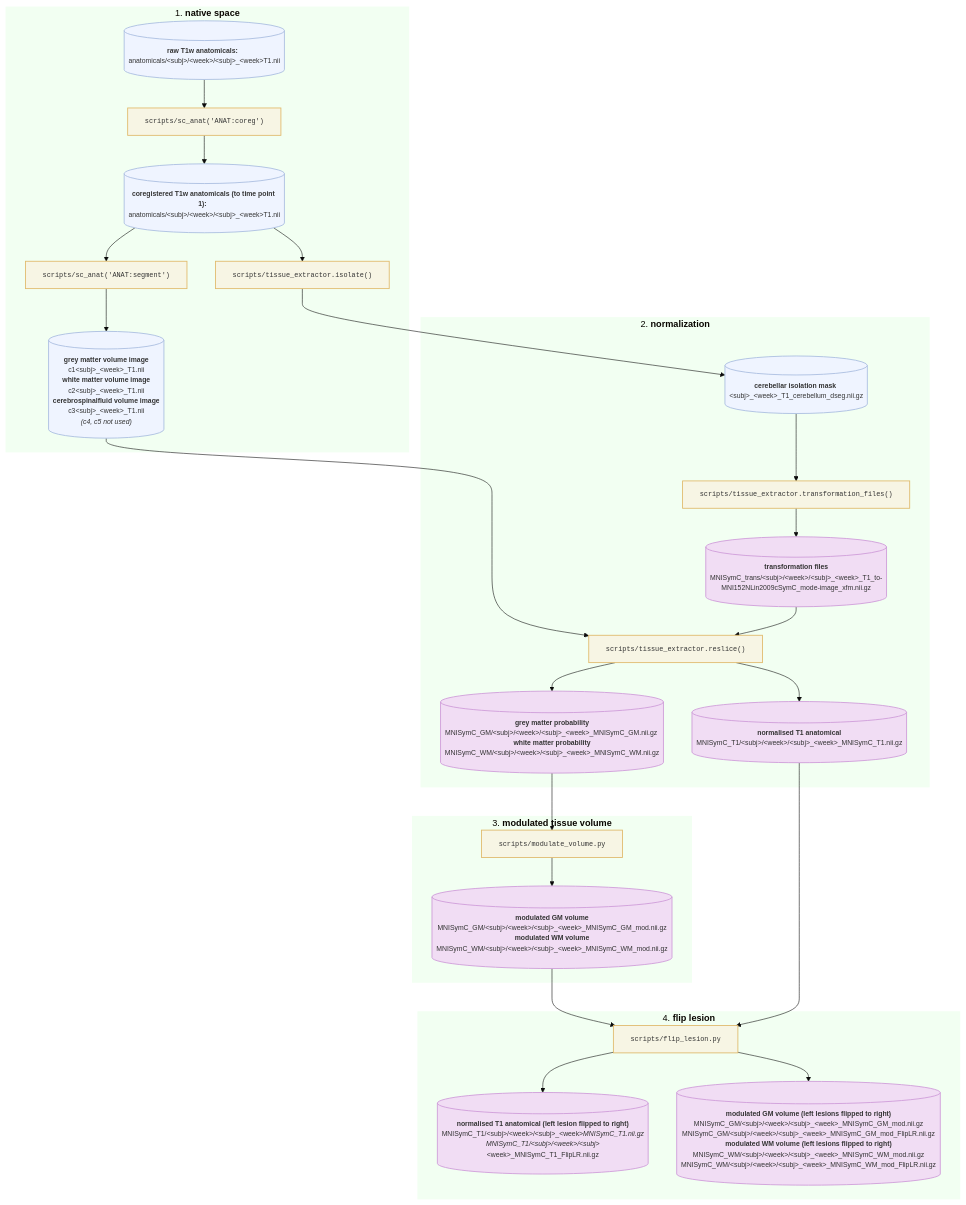
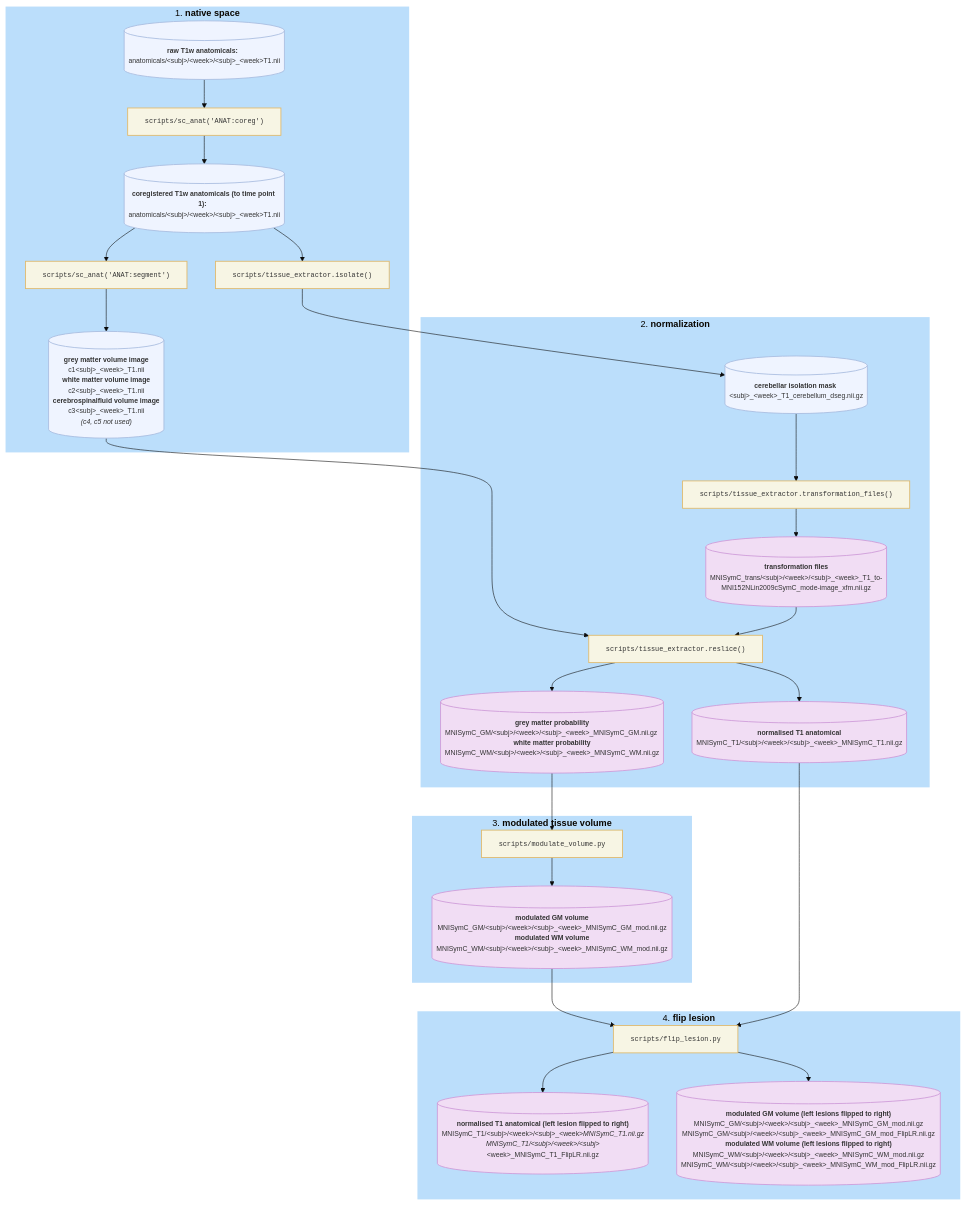
The diagram in README.md (medhakp/smarts_cerebellum), drawn with Mermaid (base theme) before and after one commit.

Commit message:
update readme
Updated styles for nodes in the README diagram.

````diff
--- a/README.md
+++ b/README.md
@@ -17,71 +17,71 @@
 ```mermaid
 flowchart TB
  subgraph S1["1. <b>native space</b>"]
         P1@{ label: "scripts/sc_anat('ANAT:coreg')" }
         A[("<b>raw T1w anatomicals: </b> <br>anatomicals/&lt;subj&gt;/&lt;week&gt;/&lt;subj&gt;_&lt;week&gt;T1.nii")]
         B[("<b>coregistered T1w anatomicals (to time point 1): </b> <br>anatomicals/&lt;subj&gt;/&lt;week&gt;/&lt;subj&gt;_&lt;week&gt;T1.nii<br>")]
         P2@{ label: "scripts/sc_anat('ANAT:segment')" }
         P3["scripts/tissue_extractor.isolate()"]
         C[("<b>grey matter volume image</b><br>c1&lt;subj&gt;_&lt;week&gt;_T1.nii<br><b>white matter volume image</b><br>c2&lt;subj&gt;_&lt;week&gt;_T1.nii<br><b>cerebrospinalfluid volume image</b><br>c3&lt;subj&gt;_&lt;week&gt;_T1.nii<br><i>(c4, c5 not used)</i>")]
   end
  subgraph S2["2. <b>normalization</b>"]
         D[("<b>cerebellar isolation mask</b> <br>&lt;subj&gt;_&lt;week&gt;_T1_cerebellum_dseg.nii.gz<br>")]
         P4["scripts/tissue_extractor.transformation_files()"]
         E[("<b>transformation files</b><br>MNISymC_trans/&lt;subj&gt;/&lt;week&gt;/&lt;subj&gt;_&lt;week&gt;_T1_to-MNI152NLin2009cSymC_mode-image_xfm.nii.gz<br>")]
         F["scripts/tissue_extractor.reslice()"]
         G[("<b>normalised T1 anatomical</b><br>MNISymC_T1/&lt;subj&gt;/&lt;week&gt;/&lt;subj&gt;_&lt;week&gt;_MNISymC_T1.nii.gz<br>")]
         H[("<b>grey matter probability</b><br>MNISymC_GM/&lt;subj&gt;/&lt;week&gt;/&lt;subj&gt;_&lt;week&gt;_MNISymC_GM.nii.gz <br><b>white matter probability</b><br>MNISymC_WM/&lt;subj&gt;/&lt;week&gt;/&lt;subj&gt;_&lt;week&gt;_MNISymC_WM.nii.gz")]
   end
  subgraph S3["3. <b> modulated tissue volume</b>"]
         P5["scripts/modulate_volume.py"]
         I[("<b>modulated GM volume</b><br>MNISymC_GM/&lt;subj&gt;/&lt;week&gt;/&lt;subj&gt;_&lt;week&gt;_MNISymC_GM_mod.nii.gz<br><b>modulated WM volume</b><br>MNISymC_WM/&lt;subj&gt;/&lt;week&gt;/&lt;subj&gt;_&lt;week&gt;_MNISymC_WM_mod.nii.gz")]
   end
  subgraph S4["4. <b>flip lesion</b>"]
         P6["scripts/flip_lesion.py"]
         J@{ label: "<span style=\"--tw-border-spacing-y:\">**normalised T1 anatomical (left lesion flipped to right)**</span><br style=\"--tw-border-spacing-y:\">MNISymC_T1/&lt;subj&gt;/&lt;week&gt;/&lt;subj&gt;_&lt;week&gt;_MNISymC_T1.nii.gz<br>MNISymC_T1/&lt;subj&gt;/&lt;week&gt;/&lt;subj&gt;_&lt;week&gt;_MNISymC_T1_FlipLR.nii.gz" }
         K[("<b>modulated GM volume (left lesions flipped to right)</b><br>MNISymC_GM/&lt;subj&gt;/&lt;week&gt;/&lt;subj&gt;_&lt;week&gt;_MNISymC_GM_mod.nii.gz<br>MNISymC_GM/&lt;subj&gt;/&lt;week&gt;/&lt;subj&gt;_&lt;week&gt;_MNISymC_GM_mod_FlipLR.nii.gz<br><b>modulated WM volume (left lesions flipped to right)</b><br>MNISymC_WM/&lt;subj&gt;/&lt;week&gt;/&lt;subj&gt;_&lt;week&gt;_MNISymC_WM_mod.nii.gz<br>MNISymC_WM/&lt;subj&gt;/&lt;week&gt;/&lt;subj&gt;_&lt;week&gt;_MNISymC_WM_mod_FlipLR.nii.gz")]
   end
     A --> P1
     P1 --> B
     B --> P2 & P3
     P2 --> C
     P3 --> D
     D --> P4
     P4 --> E
     C --> F
     E --> F
     F --> G & H
     H --> P5
     P5 --> I
     I --> P6
     G --> P6
     P6 --> J & K
 
     P1@{ shape: rect}
     P2@{ shape: rect}
     J@{ shape: cylinder}
      P1:::processNode
      A:::nativeNode
      B:::nativeNode
      P2:::processNode
      P3:::processNode
      C:::nativeNode
      D:::nativeNode
      P4:::processNode
      E:::templateNode
      F:::processNode
      G:::templateNode
      H:::templateNode
      P5:::processNode
      I:::templateNode
      P6:::processNode
      J:::templateNode
      K:::templateNode
     classDef nativeNode fill:#eff4ff,stroke:#a8bce0,stroke-width:1.5px,color:#333,font-family:Arial,font-size:12px
     classDef templateNode fill:#f1ddf4,stroke:#ce9bd9,stroke-width:1.5px,color:#333,font-family:Arial,font-size:12px
     classDef processNode fill:#f7f5e4,stroke:#e0b96a,stroke-width:1.5px,color:#333,font-family:monospace,font-size:12px
-    style S1 stroke:transparent,fill:#f2fff2
-    style S2 fill:#f2fff2,stroke:transparent
-    style S3 fill:#f2fff2,stroke:transparent
-    style S4 fill:#f2fff2,stroke:transparent
+    style S1 stroke:transparent,fill:#BBDEFB
+    style S2 fill:#BBDEFB,stroke:transparent
+    style S3 fill:#BBDEFB,stroke:transparent
+    style S4 fill:#BBDEFB,stroke:transparent
 ```
````
